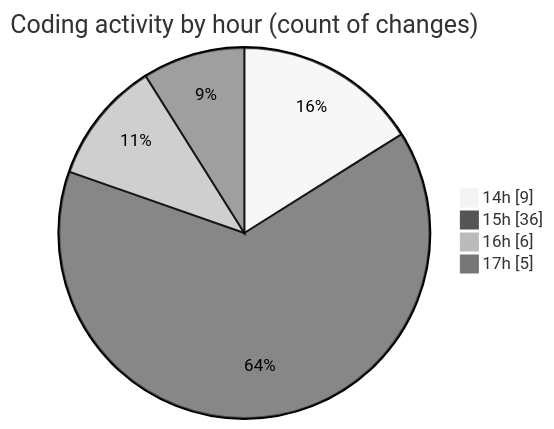
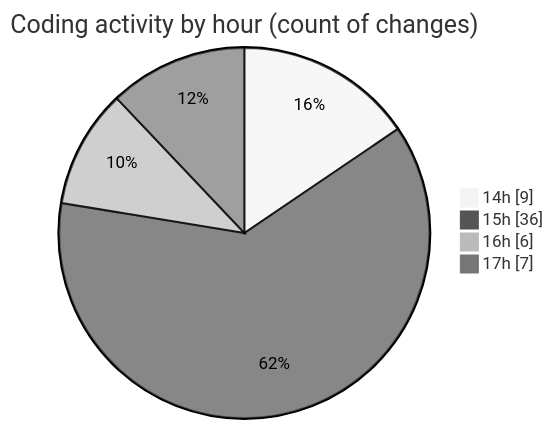
The second of 2 diagrams in 2025-06-17/projects/README.md (Ritupan-Deka/code-tracking), drawn with Mermaid (neutral theme) before and after one commit. The commit also changed other lines of this file and 1 other file, not shown here.

````diff
--- a/2025-06-17/projects/README.md
+++ b/2025-06-17/projects/README.md
@@ -29,8 +29,8 @@
 ```mermaid
 pie showData
 title Coding activity by hour (count of changes)
 "14h" : 9
 "15h" : 36
 "16h" : 6
-"17h" : 5
+"17h" : 7
 ```
````
